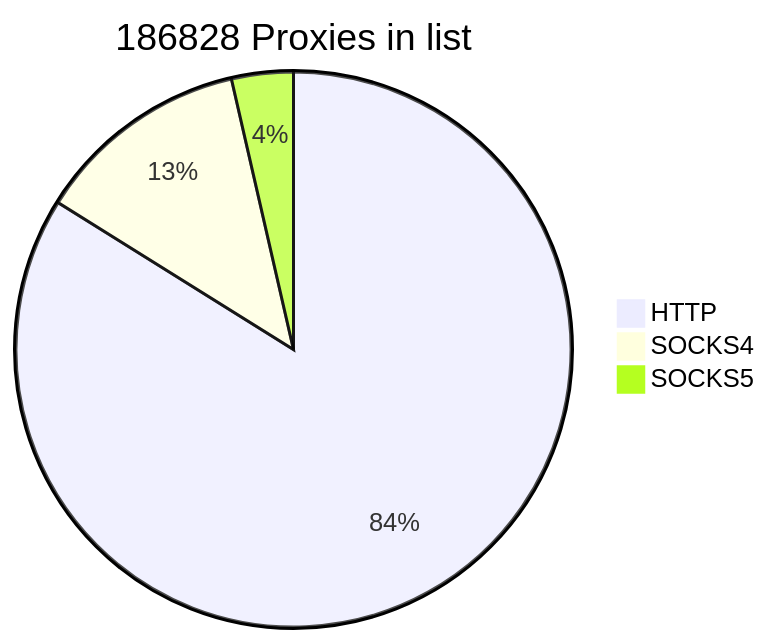
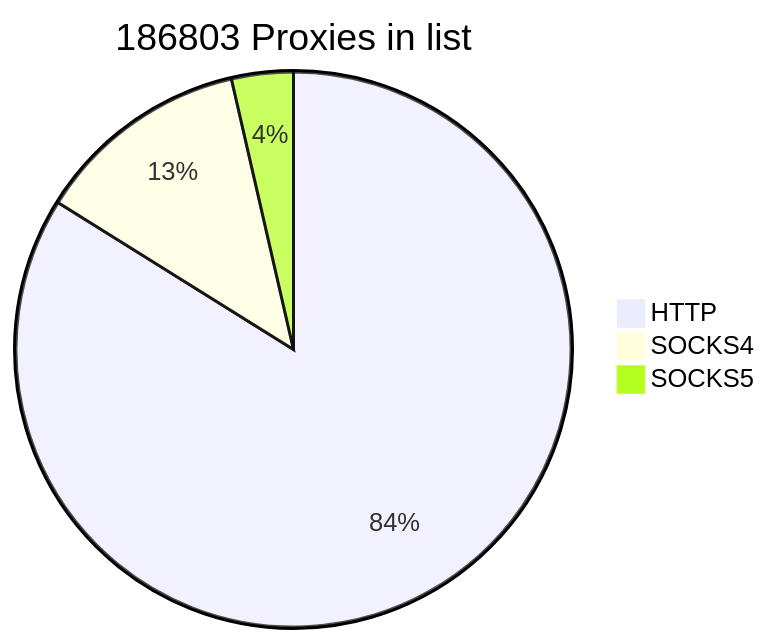
One commit to cutipu/proxylist changed the first of 2 diagrams in README.md. Above: the diagram before and after it, drawn with Mermaid. The commit also changed other lines of this file, not shown here.

````diff
--- a/README.md
+++ b/README.md
@@ -2,7 +2,7 @@
 ```mermaid
-pie title 186828 Proxies in list
-    "HTTP" : 156708
+pie title 186803 Proxies in list
+    "HTTP" : 156683
     "SOCKS4" : 23414
     "SOCKS5" : 6706
             
 ```
````
